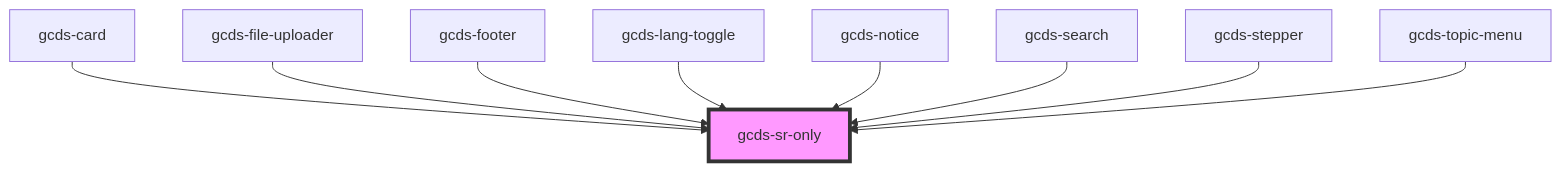
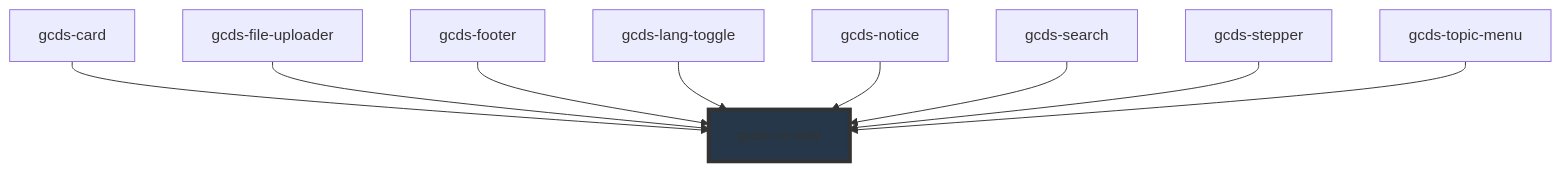
Before and after one commit to cds-snc/gcds-components: the diagram in packages/web/src/components/gcds-sr-only/readme.md, drawn with Mermaid. The commit also changed other lines of this file and 44 other files, not shown here.

````diff
--- a/packages/web/src/components/gcds-sr-only/readme.md
+++ b/packages/web/src/components/gcds-sr-only/readme.md
@@ -29,12 +36,12 @@
 ```mermaid
 graph TD;
   gcds-card --> gcds-sr-only
   gcds-file-uploader --> gcds-sr-only
   gcds-footer --> gcds-sr-only
   gcds-lang-toggle --> gcds-sr-only
   gcds-notice --> gcds-sr-only
   gcds-search --> gcds-sr-only
   gcds-stepper --> gcds-sr-only
   gcds-topic-menu --> gcds-sr-only
-  style gcds-sr-only fill:#f9f,stroke:#333,stroke-width:4px
+  style gcds-sr-only fill:#26374a,stroke:#333,stroke-width:4px
 ```
````
